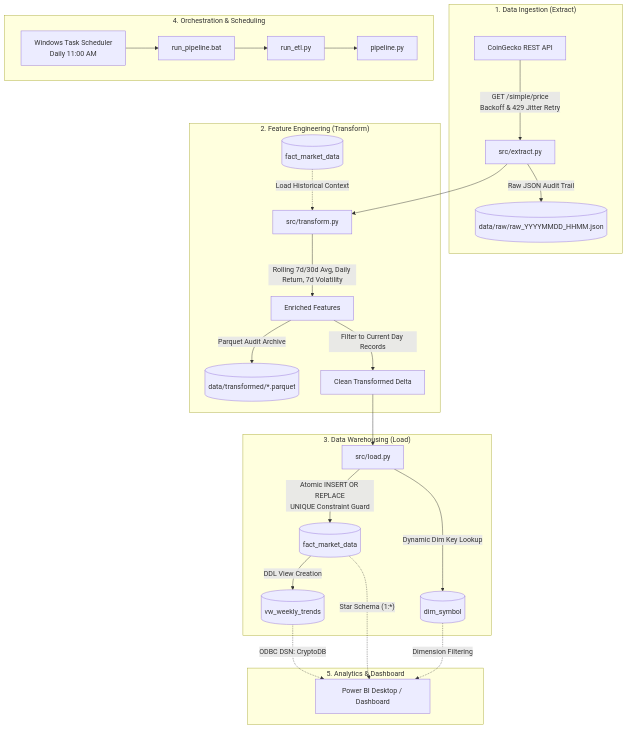
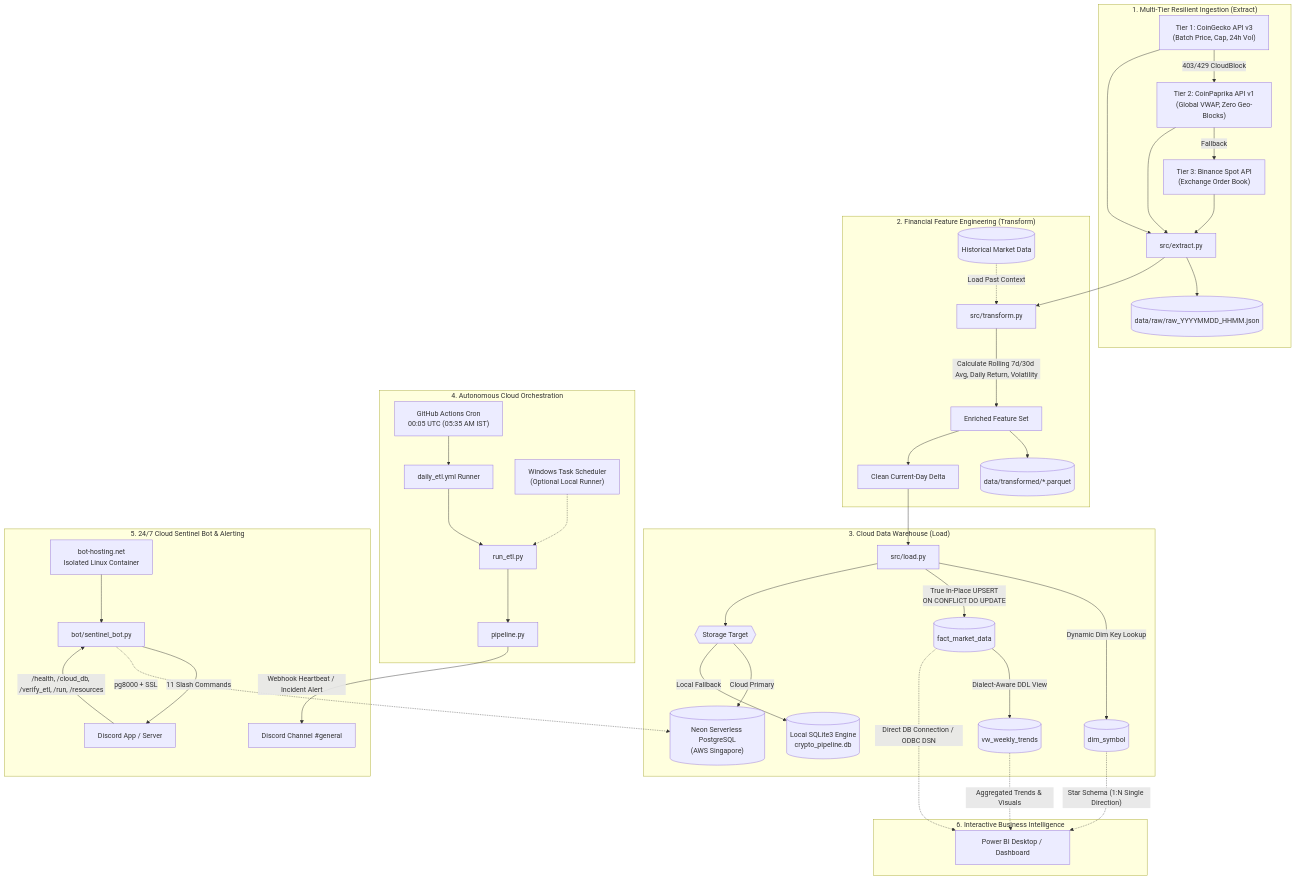
The diagram in README.md (HarshaNaik8/crypto-data-pipeline), drawn with Mermaid before and after one commit. The commit also changed other lines of this file and 6 other files, not shown here.

Commit message:
fix(pipeline): Add psycopg 3 cloud support and auto-negotiating database engine, update README with full cloud architecture

````diff
--- a/README.md
+++ b/README.md
@@ -18,34 +20,51 @@
 ```mermaid
 flowchart TD
-    subgraph Ingestion ["1. Data Ingestion (Extract)"]
-        CG[CoinGecko REST API] -->|GET /simple/price<br/>Backoff & 429 Jitter Retry| EXT[src/extract.py]
-        EXT -->|Raw JSON Audit Trail| RAW[(data/raw/raw_YYYYMMDD_HHMM.json)]
+    subgraph Ingestion ["1. Multi-Tier Resilient Ingestion (Extract)"]
+        CG["Tier 1: CoinGecko API v3<br/>(Batch Price, Cap, 24h Vol)"] -->|403/429 CloudBlock| CP["Tier 2: CoinPaprika API v1<br/>(Global VWAP, Zero Geo-Blocks)"]
+        CP -->|Fallback| BN["Tier 3: Binance Spot API<br/>(Exchange Order Book)"]
+        CG --> EXT[src/extract.py]
+        CP --> EXT
+        BN --> EXT
+        EXT --> RAW[(data/raw/raw_YYYYMMDD_HHMM.json)]
     end
 
-    subgraph Transformation ["2. Feature Engineering (Transform)"]
+    subgraph Transformation ["2. Financial Feature Engineering (Transform)"]
         EXT --> TRF[src/transform.py]
-        DB_HIST[(fact_market_data)] -.->|Load Historical Context| TRF
-        TRF -->|Rolling 7d/30d Avg, Daily Return, 7d Volatility| ENR[Enriched Features]
-        ENR -->|Parquet Audit Archive| PRQ[(data/transformed/*.parquet)]
-        ENR -->|Filter to Current Day Records| LOAD_READY[Clean Transformed Delta]
+        DB_HIST[(Historical Market Data)] -.->|Load Past Context| TRF
+        TRF -->|Calculate Rolling 7d/30d Avg, Daily Return, Volatility| ENR[Enriched Feature Set]
+        ENR --> PRQ[(data/transformed/*.parquet)]
+        ENR --> LOAD_READY[Clean Current-Day Delta]
     end
 
-    subgraph Storage ["3. Data Warehousing (Load)"]
+    subgraph Storage ["3. Cloud Data Warehouse (Load)"]
         LOAD_READY --> LOAD[src/load.py]
         LOAD -->|"Dynamic Dim Key Lookup"| DIM[(dim_symbol)]
-        LOAD -->|"Atomic INSERT OR REPLACE<br/>UNIQUE Constraint Guard"| FACT[(fact_market_data)]
-        FACT -->|"DDL View Creation"| VIEW[(vw_weekly_trends)]
+        LOAD -->|"True In-Place UPSERT<br/>ON CONFLICT DO UPDATE"| FACT[(fact_market_data)]
+        FACT -->|"Dialect-Aware DDL View"| VIEW[(vw_weekly_trends)]
+        DB_TARGET{{"Storage Target"}}
+        LOAD --> DB_TARGET
+        DB_TARGET -->|"Cloud Primary"| NEON[("Neon Serverless PostgreSQL<br/>(AWS Singapore)")]
+        DB_TARGET -->|"Local Fallback"| SQLITE[("Local SQLite3 Engine<br/>crypto_pipeline.db")]
     end
 
-    subgraph Orchestration ["4. Orchestration & Scheduling"]
-        WTS["Windows Task Scheduler<br/>Daily 11:00 AM"] --> RUN_BAT[run_pipeline.bat]
-        RUN_BAT --> RUN_ETL[run_etl.py]
-        RUN_ETL --> pipeline[pipeline.py]
+    subgraph Orchestration ["4. Autonomous Cloud Orchestration"]
+        CRON["GitHub Actions Cron<br/>00:05 UTC (05:35 AM IST)"] --> GHA[daily_etl.yml Runner]
+        GHA --> RUN_ETL[run_etl.py]
+        RUN_ETL --> PIPE[pipeline.py]
+        LOCAL_TASK["Windows Task Scheduler<br/>(Optional Local Runner)"] -.-> RUN_ETL
     end
 
-    subgraph BI ["5. Analytics & Dashboard"]
-        VIEW -.->|"ODBC DSN: CryptoDB"| PBI["Power BI Desktop / Dashboard"]
-        FACT -.->|"Star Schema (1:*)"| PBI
-        DIM -.->|"Dimension Filtering"| PBI
+    subgraph Observability ["5. 24/7 Cloud Sentinel Bot & Alerting"]
+        PIPE -->|Webhook Heartbeat / Incident Alert| HOOK[Discord Channel #general]
+        BOT_HOST["bot-hosting.net<br/>Isolated Linux Container"] --> BOT[bot/sentinel_bot.py]
+        BOT -->|11 Slash Commands| DISCORD[Discord App / Server]
+        DISCORD -->|/health, /cloud_db, /verify_etl, /run, /resources| BOT
+        BOT -.->|"pg8000 + SSL"| NEON
+    end
+
+    subgraph BI ["6. Interactive Business Intelligence"]
+        FACT -.->|"Direct DB Connection / ODBC DSN"| PBI["Power BI Desktop / Dashboard"]
+        DIM -.->|"Star Schema (1:N Single Direction)"| PBI
+        VIEW -.->|"Aggregated Trends & Visuals"| PBI
     end
 ```
````
